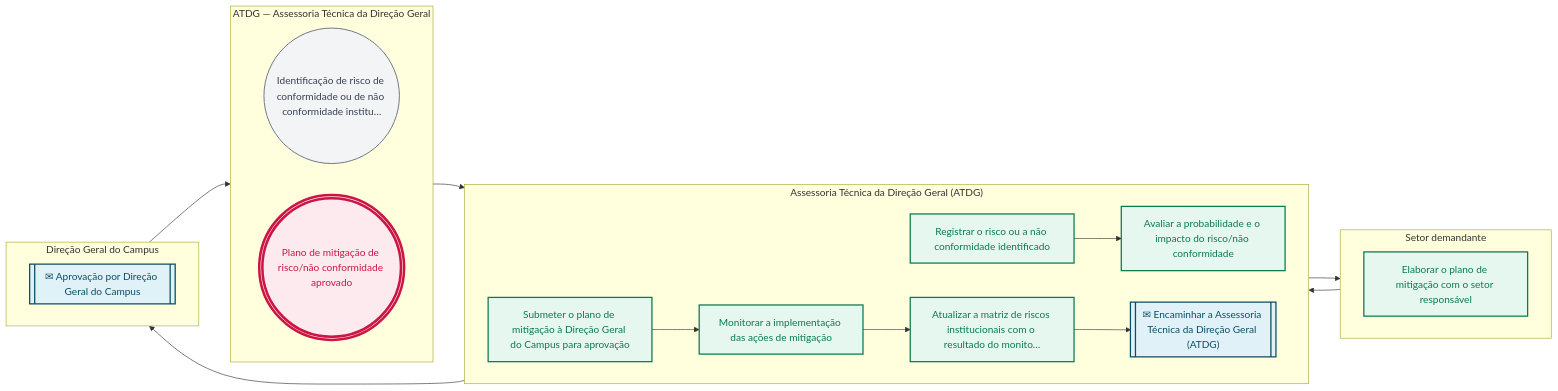
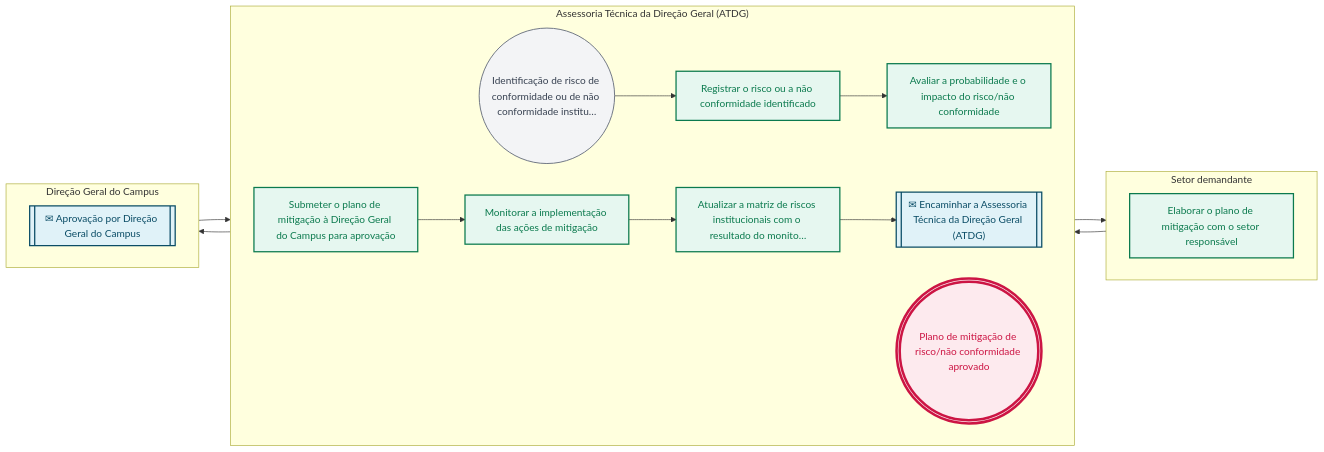
One commit to jessefers/canvas-vivo-atdg changed the second of 2 diagrams in pops/CTR/CTR-02.md. Above: the diagram before and after it, drawn with Mermaid. The commit also changed other lines of this file and 107 other files, not shown here.

````diff
--- a/pops/CTR/CTR-02.md
+++ b/pops/CTR/CTR-02.md
@@ -150,44 +150,41 @@
 ```mermaid
 flowchart LR
-  subgraph R1["ATDG — Assessoria Técnica da Direção Geral"]
+  subgraph R1["Assessoria Técnica da Direção Geral (ATDG)"]
     direction LR
     e1(("Identificação de risco de conformidade ou de não conformidade institu…"))
-    e10((("Plano de mitigação de risco/não conformidade aprovado")))
-  end
-  subgraph R2["Assessoria Técnica da Direção Geral (ATDG)"]
-    direction LR
     e2["Registrar o risco ou a não conformidade identificado"]
     e3["Avaliar a probabilidade e o impacto do risco/não conformidade"]
     e5["Submeter o plano de mitigação à Direção Geral do Campus para aprovação"]
     e6["Monitorar a implementação das ações de mitigação"]
     e7["Atualizar a matriz de riscos institucionais com o resultado do monito…"]
     e8[["✉ Encaminhar a Assessoria Técnica da Direção Geral (ATDG)"]]
+    e10((("Plano de mitigação de risco/não conformidade aprovado")))
   end
-  subgraph R3["Setor demandante"]
+  subgraph R2["Setor demandante"]
     direction LR
     e4["Elaborar o plano de mitigação com o setor responsável"]
   end
-  subgraph R4["Direção Geral do Campus"]
+  subgraph R3["Direção Geral do Campus"]
     direction LR
     e9[["✉ Aprovação por Direção Geral do Campus"]]
   end
   e1 --> e2
   e2 --> e3
   e3 --> e4
   e4 --> e5
   e5 --> e6
   e6 --> e7
   e7 --> e8
   e8 --> e9
   e9 --> e10
   classDef inicio fill:#f3f4f6,stroke:#6b7280,stroke-width:1.5px,color:#374151
   classDef atividade fill:#E6F7F0,stroke:#0B7A4E,stroke-width:2px,color:#0B7A4E
   classDef decisao fill:#FFF4ED,stroke:#C9783A,stroke-width:2px,color:#C9783A
   classDef fim fill:#FDEAEE,stroke:#CC1544,stroke-width:4px,color:#CC1544
   classDef pausa fill:#FDEAEE,stroke:#CC1544,stroke-width:2px,color:#CC1544
   classDef captura fill:#E0F2F8,stroke:#0B4D66,stroke-width:2px,color:#0B4D66
   class e1 inicio
   class e2,e3,e4,e5,e6,e7 atividade
   class e8,e9 captura
   class e10 fim
 ```
````
